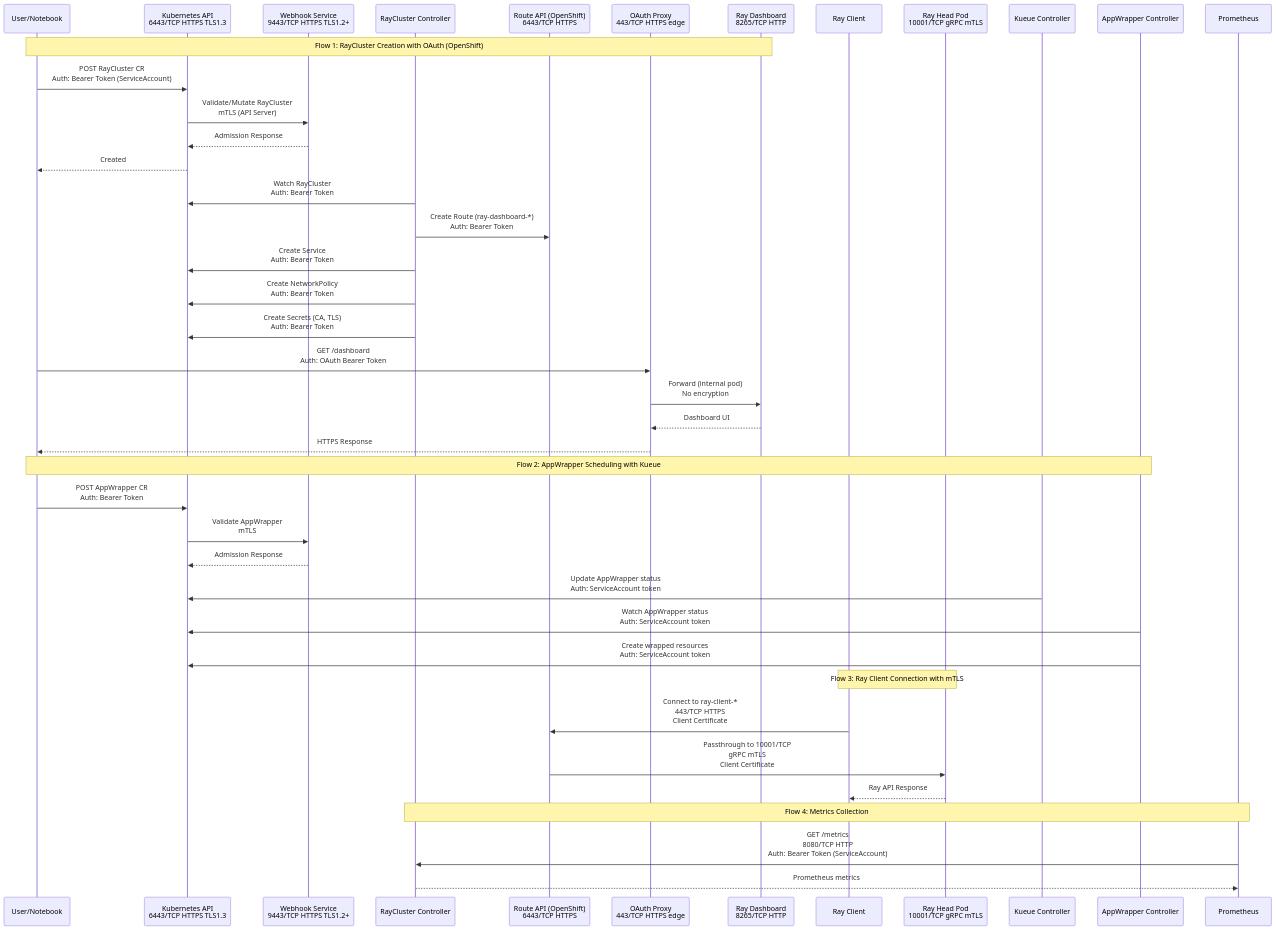
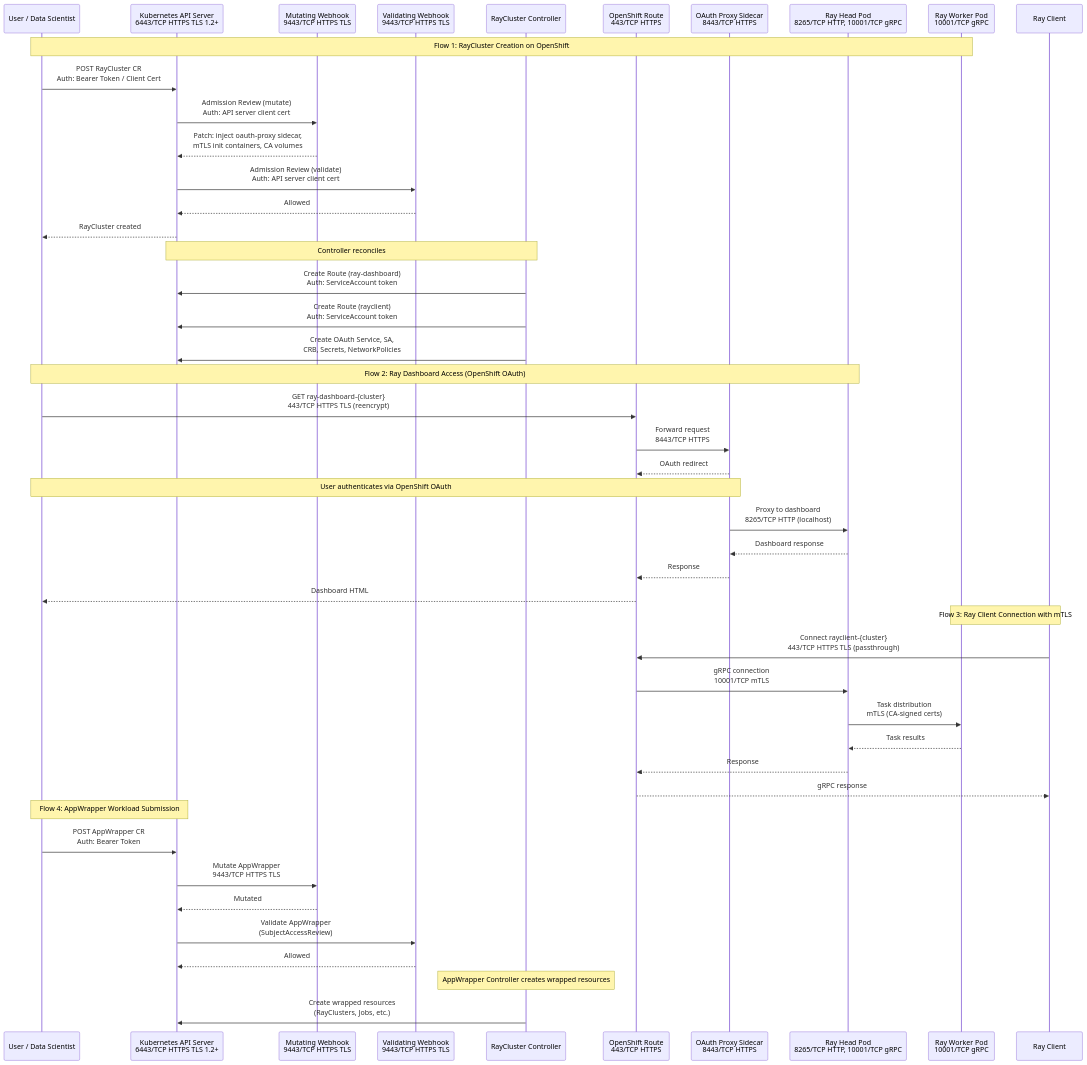
The diagram in architecture/rhoai-2.25/diagrams/codeflare-operator-dataflow.mmd (rhuss/architecture-context), drawn with Mermaid before and after one commit. The commit also changed 634 other files, not shown here.

```diff
--- a/architecture/rhoai-2.25/diagrams/codeflare-operator-dataflow.mmd
+++ b/architecture/rhoai-2.25/diagrams/codeflare-operator-dataflow.mmd
@@ -1,52 +1,59 @@
+%% Data Flow Diagram - CodeFlare Operator
+%% Generated by: Claude Opus 4.6
+
 sequenceDiagram
-    participant User as User/Notebook
-    participant K8sAPI as Kubernetes API<br/>6443/TCP HTTPS TLS1.3
-    participant Webhook as Webhook Service<br/>9443/TCP HTTPS TLS1.2+
+    participant User as User / Data Scientist
+    participant API as Kubernetes API Server<br/>6443/TCP HTTPS TLS 1.2+
+    participant MWebhook as Mutating Webhook<br/>9443/TCP HTTPS TLS
+    participant VWebhook as Validating Webhook<br/>9443/TCP HTTPS TLS
     participant Controller as RayCluster Controller
-    participant RouteAPI as Route API (OpenShift)<br/>6443/TCP HTTPS
-    participant OAuthProxy as OAuth Proxy<br/>443/TCP HTTPS edge
-    participant RayDashboard as Ray Dashboard<br/>8265/TCP HTTP
-    participant Client as Ray Client
-    participant RayHead as Ray Head Pod<br/>10001/TCP gRPC mTLS
-    participant Kueue as Kueue Controller
-    participant AppWrapCtrl as AppWrapper Controller
-    participant Prometheus as Prometheus
+    participant Route as OpenShift Route<br/>443/TCP HTTPS
+    participant OAuthProxy as OAuth Proxy Sidecar<br/>8443/TCP HTTPS
+    participant RayHead as Ray Head Pod<br/>8265/TCP HTTP, 10001/TCP gRPC
+    participant RayWorker as Ray Worker Pod<br/>10001/TCP gRPC
+    participant RayClient as Ray Client
 
-    Note over User,RayDashboard: Flow 1: RayCluster Creation with OAuth (OpenShift)
+    Note over User,RayWorker: Flow 1: RayCluster Creation on OpenShift
 
-    User->>K8sAPI: POST RayCluster CR<br/>Auth: Bearer Token (ServiceAccount)
-    K8sAPI->>Webhook: Validate/Mutate RayCluster<br/>mTLS (API Server)
-    Webhook-->>K8sAPI: Admission Response
-    K8sAPI-->>User: Created
+    User->>API: POST RayCluster CR<br/>Auth: Bearer Token / Client Cert
+    API->>MWebhook: Admission Review (mutate)<br/>Auth: API server client cert
+    MWebhook-->>API: Patch: inject oauth-proxy sidecar,<br/>mTLS init containers, CA volumes
+    API->>VWebhook: Admission Review (validate)<br/>Auth: API server client cert
+    VWebhook-->>API: Allowed
+    API-->>User: RayCluster created
 
-    Controller->>K8sAPI: Watch RayCluster<br/>Auth: Bearer Token
-    Controller->>RouteAPI: Create Route (ray-dashboard-*)<br/>Auth: Bearer Token
-    Controller->>K8sAPI: Create Service<br/>Auth: Bearer Token
-    Controller->>K8sAPI: Create NetworkPolicy<br/>Auth: Bearer Token
-    Controller->>K8sAPI: Create Secrets (CA, TLS)<br/>Auth: Bearer Token
+    Note over Controller,API: Controller reconciles
 
-    User->>OAuthProxy: GET /dashboard<br/>Auth: OAuth Bearer Token
-    OAuthProxy->>RayDashboard: Forward (internal pod)<br/>No encryption
-    RayDashboard-->>OAuthProxy: Dashboard UI
-    OAuthProxy-->>User: HTTPS Response
+    Controller->>API: Create Route (ray-dashboard)<br/>Auth: ServiceAccount token
+    Controller->>API: Create Route (rayclient)<br/>Auth: ServiceAccount token
+    Controller->>API: Create OAuth Service, SA,<br/>CRB, Secrets, NetworkPolicies
 
-    Note over User,AppWrapCtrl: Flow 2: AppWrapper Scheduling with Kueue
+    Note over User,RayHead: Flow 2: Ray Dashboard Access (OpenShift OAuth)
 
-    User->>K8sAPI: POST AppWrapper CR<br/>Auth: Bearer Token
-    K8sAPI->>Webhook: Validate AppWrapper<br/>mTLS
-    Webhook-->>K8sAPI: Admission Response
+    User->>Route: GET ray-dashboard-{cluster}<br/>443/TCP HTTPS TLS (reencrypt)
+    Route->>OAuthProxy: Forward request<br/>8443/TCP HTTPS
+    OAuthProxy-->>Route: OAuth redirect
+    Note over User,OAuthProxy: User authenticates via OpenShift OAuth
+    OAuthProxy->>RayHead: Proxy to dashboard<br/>8265/TCP HTTP (localhost)
+    RayHead-->>OAuthProxy: Dashboard response
+    OAuthProxy-->>Route: Response
+    Route-->>User: Dashboard HTML
 
-    Kueue->>K8sAPI: Update AppWrapper status<br/>Auth: ServiceAccount token
-    AppWrapCtrl->>K8sAPI: Watch AppWrapper status<br/>Auth: ServiceAccount token
-    AppWrapCtrl->>K8sAPI: Create wrapped resources<br/>Auth: ServiceAccount token
+    Note over RayClient,RayWorker: Flow 3: Ray Client Connection with mTLS
 
-    Note over Client,RayHead: Flow 3: Ray Client Connection with mTLS
+    RayClient->>Route: Connect rayclient-{cluster}<br/>443/TCP HTTPS TLS (passthrough)
+    Route->>RayHead: gRPC connection<br/>10001/TCP mTLS
+    RayHead->>RayWorker: Task distribution<br/>mTLS (CA-signed certs)
+    RayWorker-->>RayHead: Task results
+    RayHead-->>Route: Response
+    Route-->>RayClient: gRPC response
 
-    Client->>RouteAPI: Connect to ray-client-*<br/>443/TCP HTTPS<br/>Client Certificate
-    RouteAPI->>RayHead: Passthrough to 10001/TCP<br/>gRPC mTLS<br/>Client Certificate
-    RayHead-->>Client: Ray API Response
+    Note over User,API: Flow 4: AppWrapper Workload Submission
 
-    Note over Prometheus,Controller: Flow 4: Metrics Collection
-
-    Prometheus->>Controller: GET /metrics<br/>8080/TCP HTTP<br/>Auth: Bearer Token (ServiceAccount)
-    Controller-->>Prometheus: Prometheus metrics
+    User->>API: POST AppWrapper CR<br/>Auth: Bearer Token
+    API->>MWebhook: Mutate AppWrapper<br/>9443/TCP HTTPS TLS
+    MWebhook-->>API: Mutated
+    API->>VWebhook: Validate AppWrapper<br/>(SubjectAccessReview)
+    VWebhook-->>API: Allowed
+    Note over Controller: AppWrapper Controller creates wrapped resources
+    Controller->>API: Create wrapped resources<br/>(RayClusters, Jobs, etc.)
```
